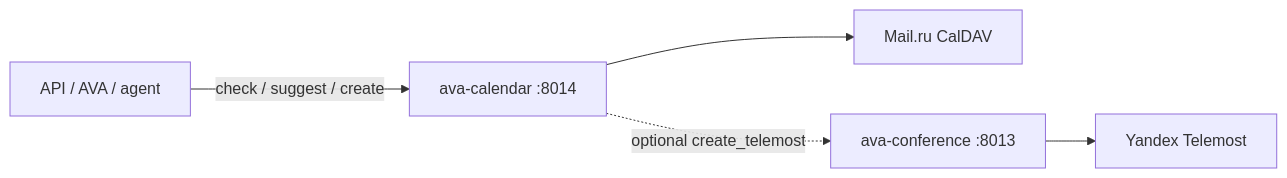
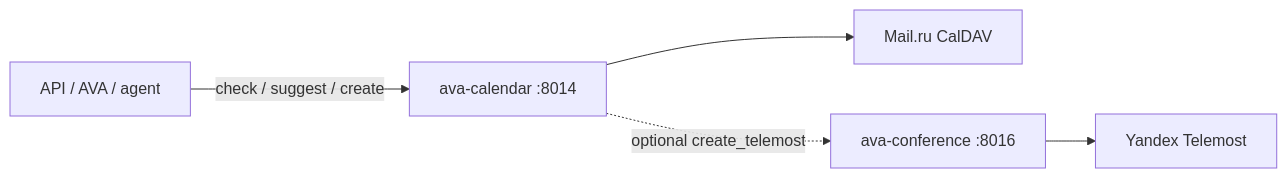
One commit to ryabichello-stack/quantum-office changed the diagram in docs/CALENDAR_SERVICE.md. Above: the diagram before and after it, drawn with Mermaid. The commit also changed 8 other files, not shown here.

Commit message:
fix: move ava-conference to :8016 (8013 used by quantum-console)

````diff
--- a/docs/CALENDAR_SERVICE.md
+++ b/docs/CALENDAR_SERVICE.md
@@ -3,13 +3,13 @@
 ```mermaid
 flowchart LR
   Client[API / AVA / agent]
   Cal[ava-calendar :8014]
   Mailru[Mail.ru CalDAV]
-  Conf[ava-conference :8013]
+  Conf[ava-conference :8016]
   TM[Yandex Telemost]
 
   Client -->|check / suggest / create| Cal
   Cal --> Mailru
   Cal -.->|optional create_telemost| Conf
   Conf --> TM
 ```
````
